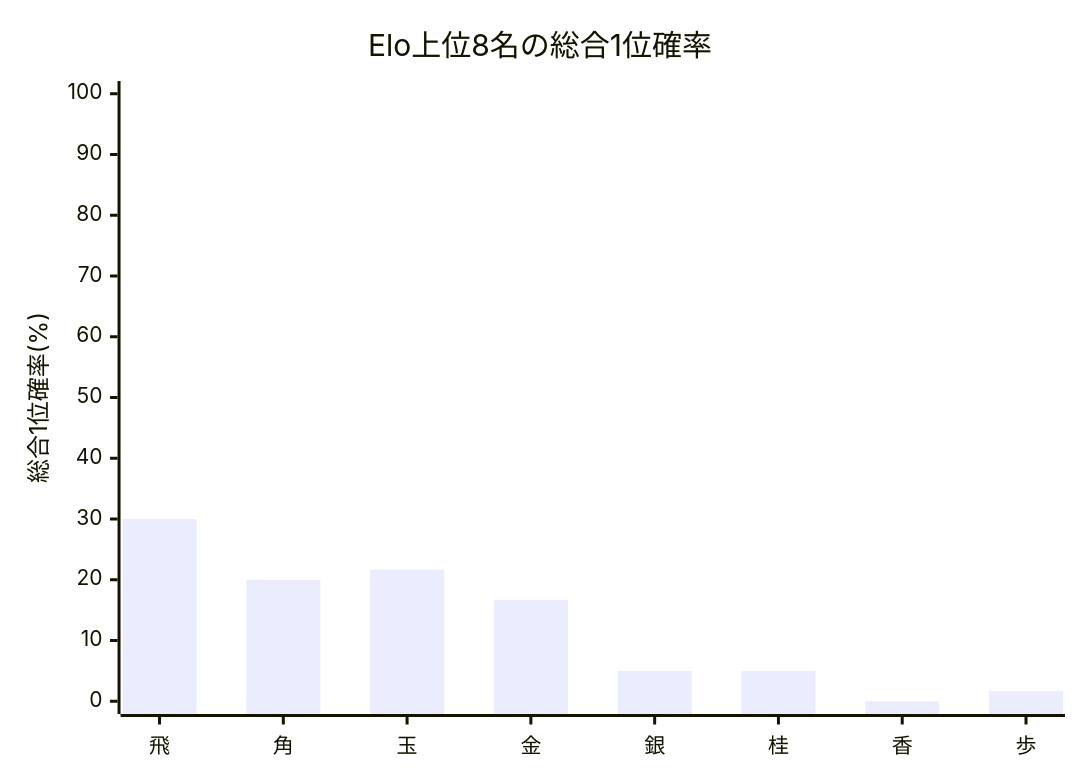
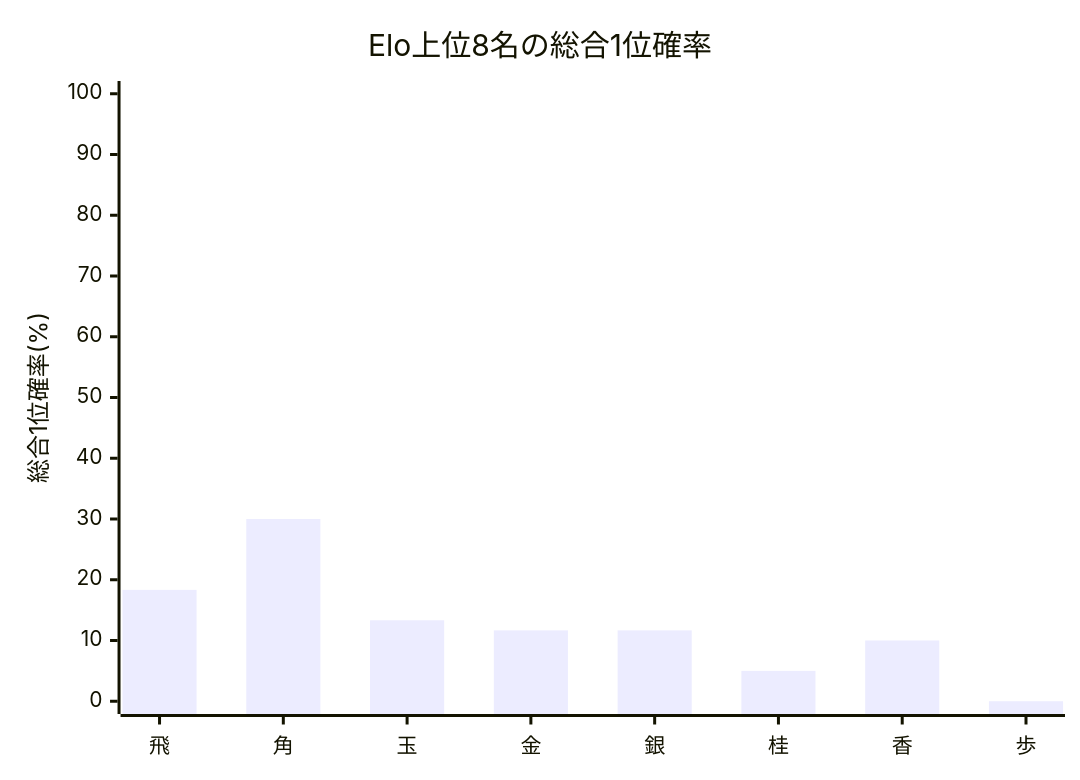
Before and after one commit to muzudho/ShogiTournamentSystemAnalyzer: the second of 2 diagrams in Output/TournamentQualityEvaluator/TournamentQualityReport/Summary/[先手8x後手8]_[Neutral_Single10_STSAInput3_smoke]_quality_summary.md, drawn with Mermaid. The commit also changed other lines of this file and 10 other files, not shown here.

````diff
--- a/Output/TournamentQualityEvaluator/TournamentQualityReport/Summary/[先手8x後手8]_[Neutral_Single10_STSAInput3_smoke]_quality_summary.md
+++ b/Output/TournamentQualityEvaluator/TournamentQualityReport/Summary/[先手8x後手8]_[Neutral_Single10_STSAInput3_smoke]_quality_summary.md
@@ -51,7 +51,7 @@
 ```mermaid
 xychart-beta
     title "Elo上位8名の総合1位確率"
     x-axis ["飛", "角", "玉", "金", "銀", "桂", "香", "歩"]
     y-axis "総合1位確率(%)" 0 --> 100
-    bar [30.00, 20.00, 21.67, 16.67, 5.00, 5.00, 0.00, 1.67]
+    bar [18.33, 30.00, 13.33, 11.67, 11.67, 5.00, 10.00, 0.00]
 ```
````
